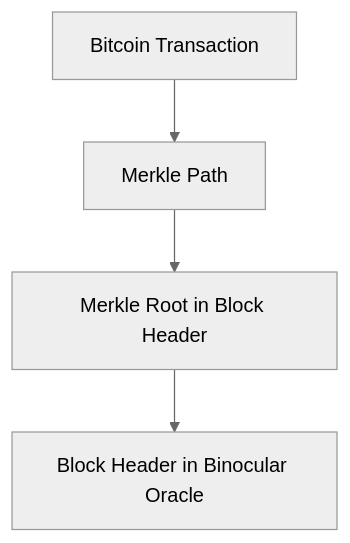
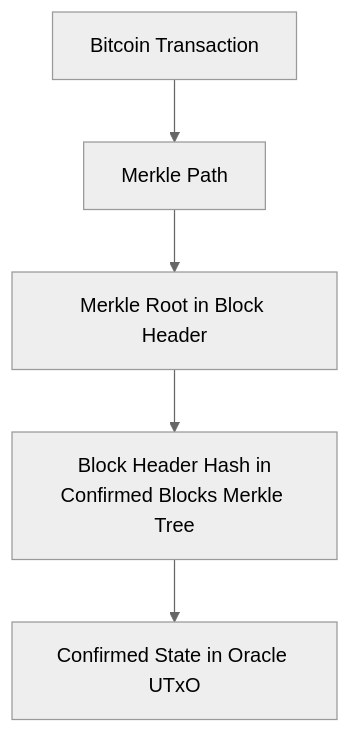
Before and after one commit to lantr-io/binocular: the second of 5 diagrams in Litepaper.md, drawn with Mermaid (neutral theme). The commit also changed other lines of this file and 3 other files, not shown here.

````diff
--- a/Litepaper.md
+++ b/Litepaper.md
@@ -49,6 +53,7 @@
 ```mermaid
 graph TD
     A[Bitcoin Transaction] --> B[Merkle Path]
     B --> C[Merkle Root in Block Header]
-    C --> D[Block Header in Binocular Oracle]
+    C --> D[Block Header Hash in<br/>Confirmed Blocks Merkle Tree]
+    D --> E[Confirmed State in Oracle UTxO]
 ```
````
